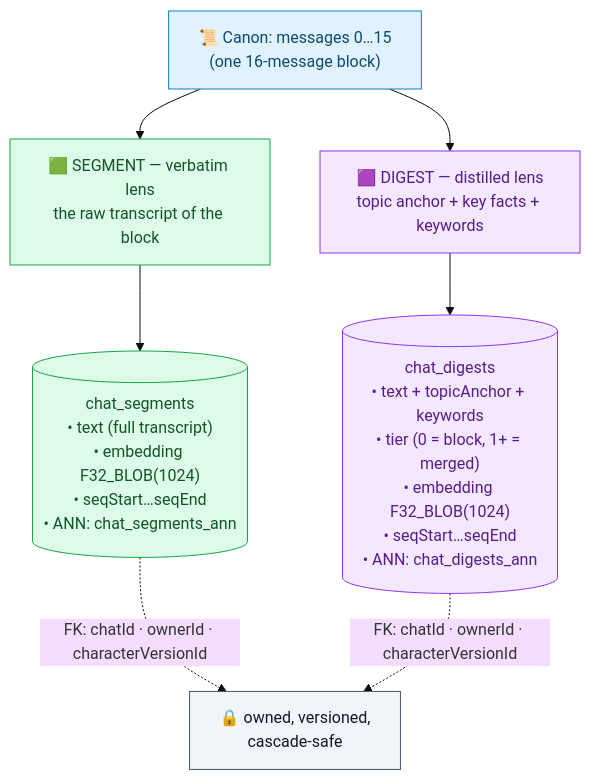
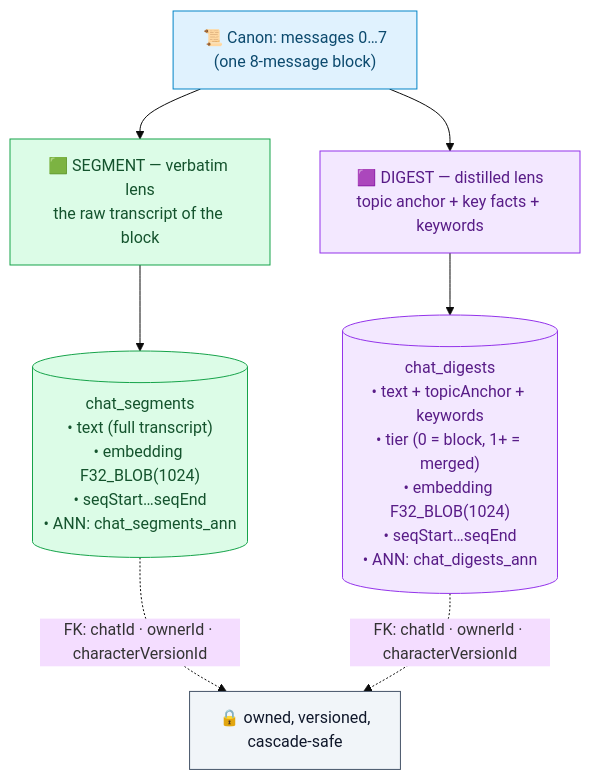
Before and after one commit to Inktomi93/neo-tavern: the second of 8 diagrams in docs/memory-diagram.md, drawn with Mermaid (base theme). The commit also changed other lines of this file and 1 other file, not shown here.

````diff
--- a/docs/memory-diagram.md
+++ b/docs/memory-diagram.md
@@ -54,18 +54,18 @@
 ```mermaid
 flowchart TD
-    MSG["📜 Canon: messages 0…15<br/>(one 16-message block)"]:::canon
+    MSG["📜 Canon: messages 0…7<br/>(one 8-message block)"]:::canon
 
     MSG --> SEG["🟩 SEGMENT — verbatim lens<br/>the raw transcript of the block"]:::segment
     MSG --> DIG["🟪 DIGEST — distilled lens<br/>topic anchor + key facts + keywords"]:::digest
 
     SEG --> ST[("chat_segments<br/>• text (full transcript)<br/>• embedding F32_BLOB(1024)<br/>• seqStart…seqEnd<br/>• ANN: chat_segments_ann")]:::segment
     DIG --> DT[("chat_digests<br/>• text + topicAnchor + keywords<br/>• tier (0 = block, 1+ = merged)<br/>• embedding F32_BLOB(1024)<br/>• seqStart…seqEnd<br/>• ANN: chat_digests_ann")]:::digest
 
     ST -.->|"FK: chatId · ownerId · characterVersionId"| FK["🔒 owned, versioned,<br/>cascade-safe"]:::infra
     DT -.->|"FK: chatId · ownerId · characterVersionId"| FK
 
     classDef canon fill:#e0f2fe,stroke:#0284c7,color:#0c4a6e;
     classDef segment fill:#dcfce7,stroke:#16a34a,color:#14532d;
     classDef digest fill:#f3e8ff,stroke:#9333ea,color:#581c87;
     classDef infra fill:#f1f5f9,stroke:#475569,color:#0f172a;
 ```
````
